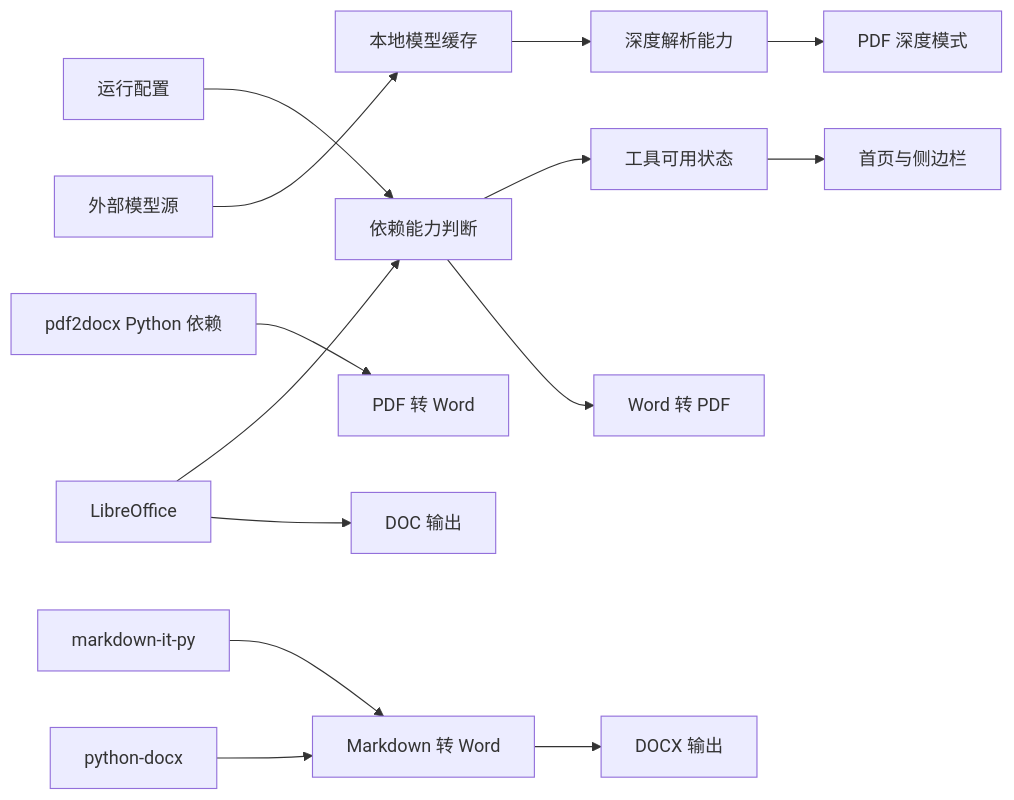
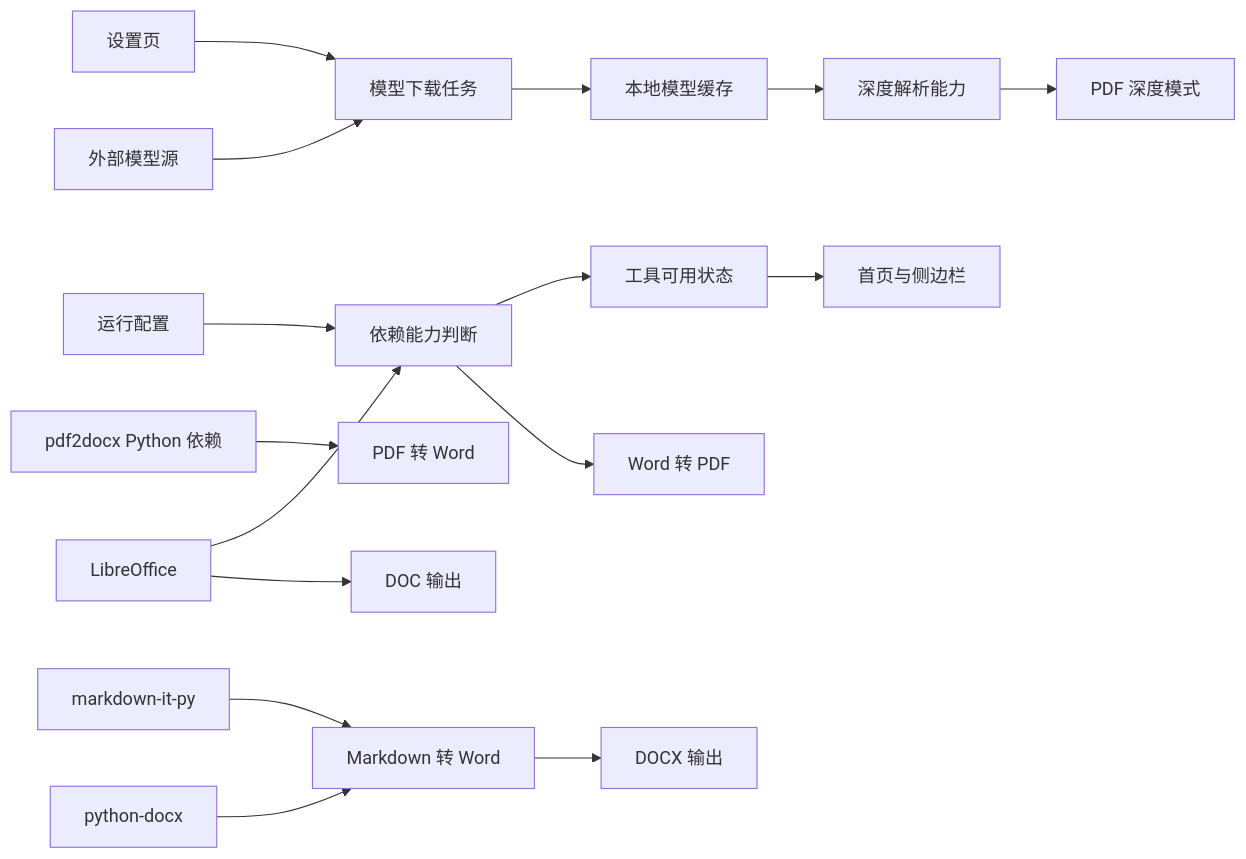
The fifth of 10 diagrams in doc/模块说明文档.md (ddll8023/tools), drawn with Mermaid before and after one commit. The commit also changed other lines of this file and 21 other files, not shown here.

````diff
--- a/doc/模块说明文档.md
+++ b/doc/模块说明文档.md
@@ -433,16 +443,18 @@
 ```mermaid
 flowchart LR
     Config[运行配置] --> DependencyCheck[依赖能力判断]
     LibreOffice[LibreOffice] --> DependencyCheck
-    ModelSource[外部模型源] --> ModelCache[本地模型缓存]
+    Settings[设置页] --> ModelDownload[模型下载任务]
+    ModelSource[外部模型源] --> ModelDownload
+    ModelDownload --> ModelCache[本地模型缓存]
     ModelCache --> DeepCapability[深度解析能力]
     DependencyCheck --> Catalog[工具可用状态]
     Catalog --> Navigation[首页与侧边栏]
     DependencyCheck --> Word[Word 转 PDF]
     Pdf2Docx[pdf2docx Python 依赖] --> PDFWord[PDF 转 Word]
     MarkdownParser[markdown-it-py] --> MarkdownWord[Markdown 转 Word]
     PythonDocx[python-docx] --> MarkdownWord
     MarkdownWord --> MarkdownDocx[DOCX 输出]
     LibreOffice --> MarkdownDoc[DOC 输出]
     DeepCapability --> PDF[PDF 深度模式]
 ```
````
